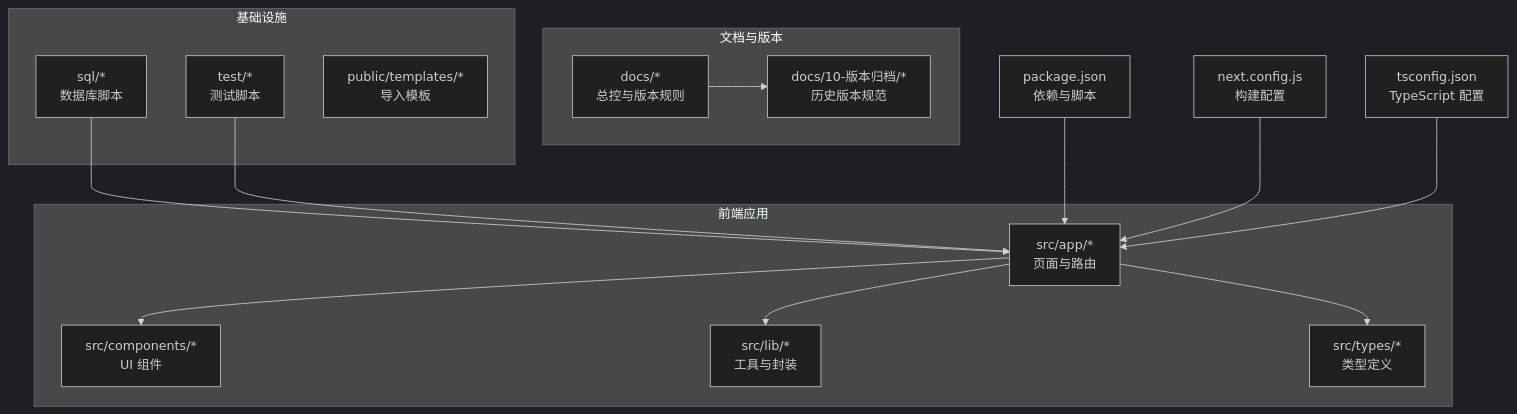
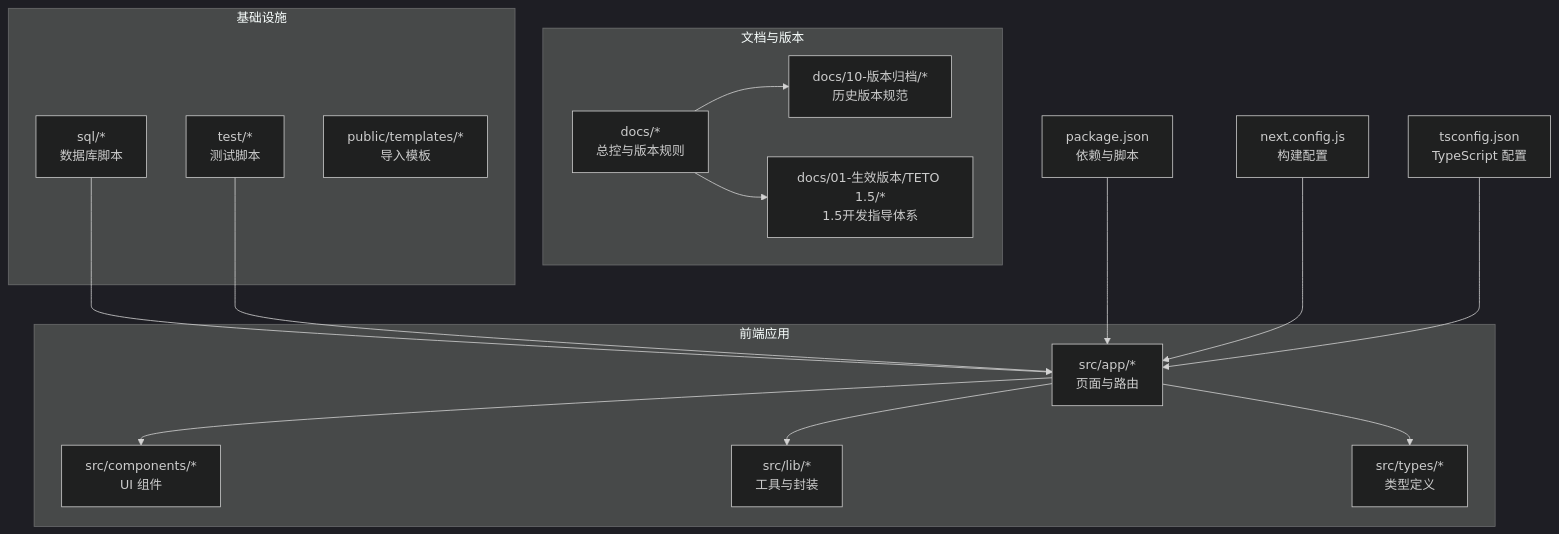
Before and after one commit to bbong1234/TETO: the first of 6 diagrams in .qoder/repowiki/zh/content/开发指南/开发流程规范/开发流程规范.md, drawn with Mermaid (dark theme). The commit also changed other lines of this file and 10 other files, not shown here.

````diff
--- a/.qoder/repowiki/zh/content/开发指南/开发流程规范/开发流程规范.md
+++ b/.qoder/repowiki/zh/content/开发指南/开发流程规范/开发流程规范.md
@@ -38,30 +54,32 @@
 ```mermaid
 graph TB
 subgraph "前端应用"
 A["src/app/*<br/>页面与路由"]
 B["src/components/*<br/>UI 组件"]
 C["src/lib/*<br/>工具与封装"]
 D["src/types/*<br/>类型定义"]
 end
 subgraph "文档与版本"
 E["docs/*<br/>总控与版本规则"]
 F["docs/10-版本归档/*<br/>历史版本规范"]
+G["docs/01-生效版本/TETO 1.5/*<br/>1.5开发指导体系"]
 end
 subgraph "基础设施"
-G["sql/*<br/>数据库脚本"]
-H["test/*<br/>测试脚本"]
-I["public/templates/*<br/>导入模板"]
+H["sql/*<br/>数据库脚本"]
+I["test/*<br/>测试脚本"]
+J["public/templates/*<br/>导入模板"]
 end
-J["package.json<br/>依赖与脚本"]
-K["next.config.js<br/>构建配置"]
-L["tsconfig.json<br/>TypeScript 配置"]
+K["package.json<br/>依赖与脚本"]
+L["next.config.js<br/>构建配置"]
+M["tsconfig.json<br/>TypeScript 配置"]
 A --> B
 A --> C
 A --> D
 E --> F
-G --> A
+E --> G
 H --> A
-J --> A
+I --> A
 K --> A
 L --> A
+M --> A
 ```
````
